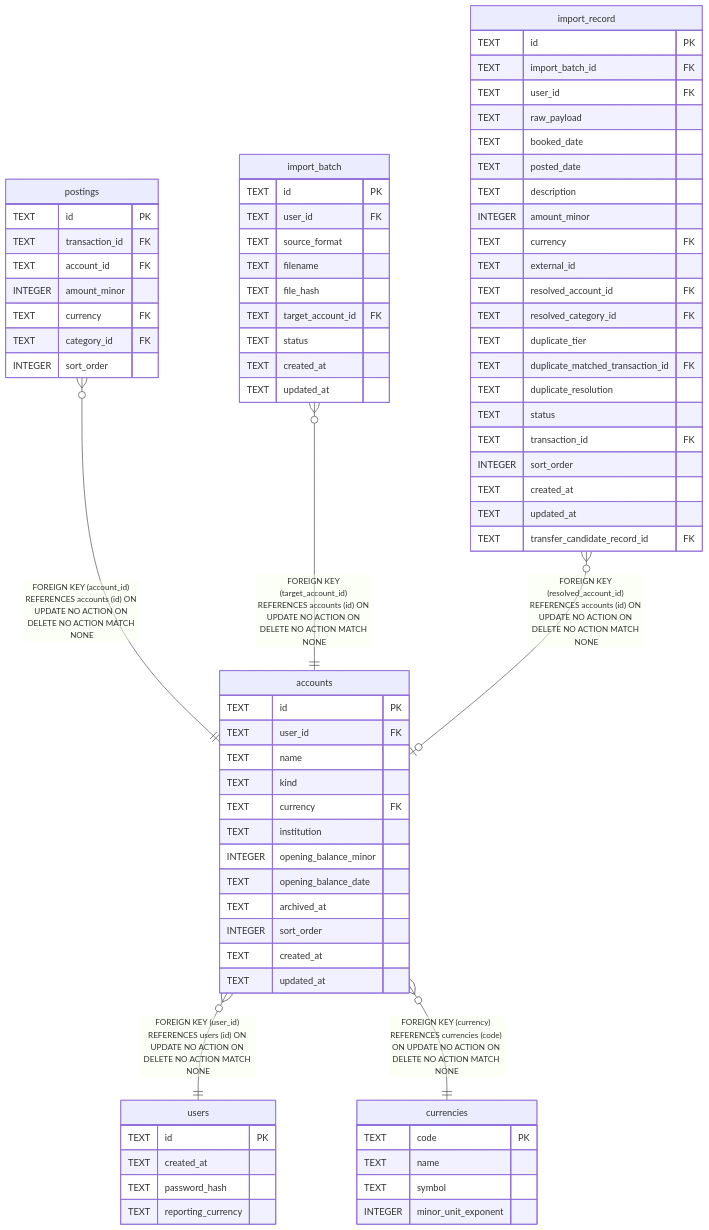
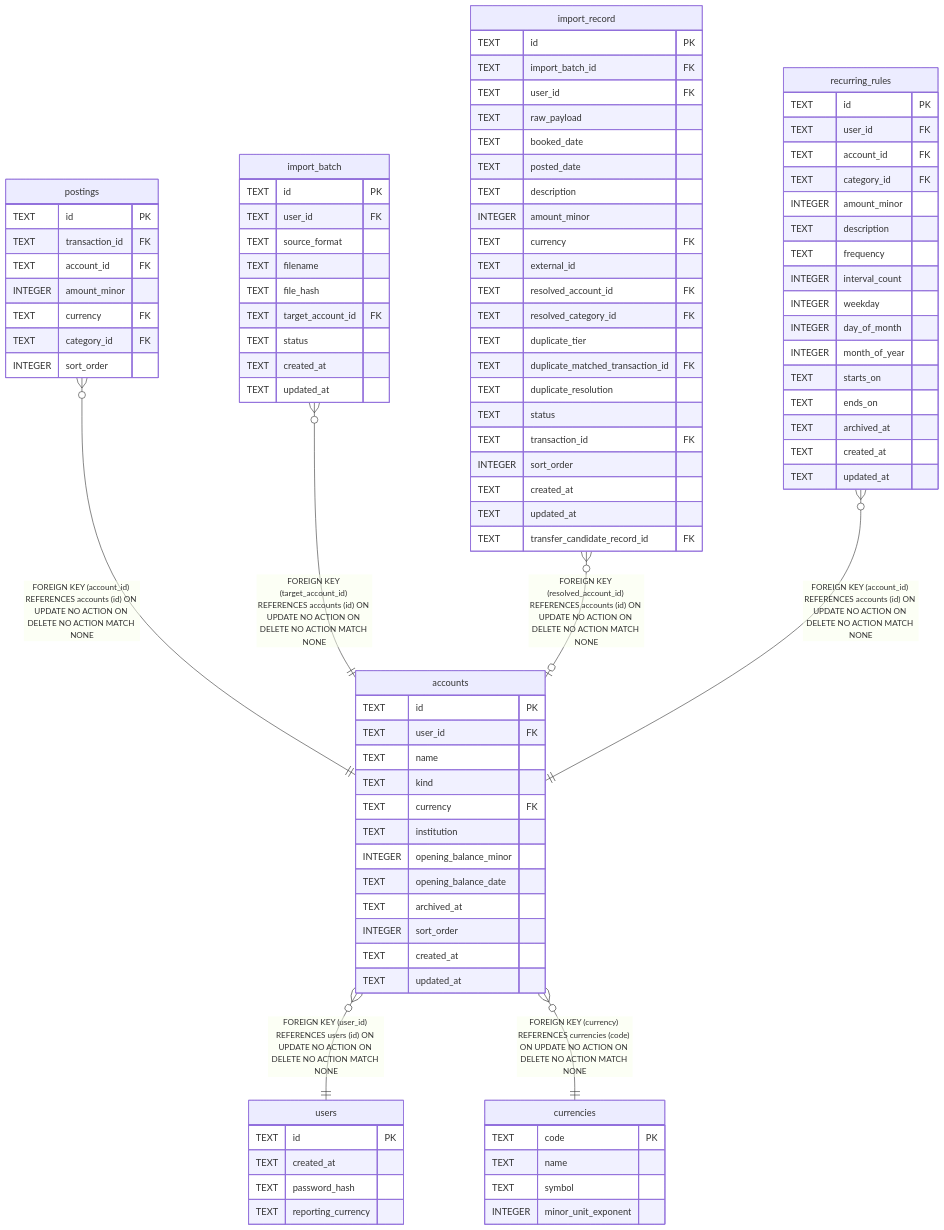
Before and after one commit to anirudhgray/bodger: the diagram in docs/schema/accounts.md, drawn with Mermaid. The commit also changed other lines of this file and 36 other files, not shown here.

```diff
--- a/docs/schema/accounts.md
+++ b/docs/schema/accounts.md
@@ -69,6 +69,7 @@
 "postings" }o--|| "accounts" : "FOREIGN KEY (account_id) REFERENCES accounts (id) ON UPDATE NO ACTION ON DELETE NO ACTION MATCH NONE"
 "import_batch" }o--|| "accounts" : "FOREIGN KEY (target_account_id) REFERENCES accounts (id) ON UPDATE NO ACTION ON DELETE NO ACTION MATCH NONE"
 "import_record" }o--o| "accounts" : "FOREIGN KEY (resolved_account_id) REFERENCES accounts (id) ON UPDATE NO ACTION ON DELETE NO ACTION MATCH NONE"
+"recurring_rules" }o--|| "accounts" : "FOREIGN KEY (account_id) REFERENCES accounts (id) ON UPDATE NO ACTION ON DELETE NO ACTION MATCH NONE"
 "accounts" }o--|| "users" : "FOREIGN KEY (user_id) REFERENCES users (id) ON UPDATE NO ACTION ON DELETE NO ACTION MATCH NONE"
 "accounts" }o--|| "currencies" : "FOREIGN KEY (currency) REFERENCES currencies (code) ON UPDATE NO ACTION ON DELETE NO ACTION MATCH NONE"
 
@@ -129,6 +130,24 @@
   TEXT updated_at
   TEXT transfer_candidate_record_id FK
 }
+"recurring_rules" {
+  TEXT id PK
+  TEXT user_id FK
+  TEXT account_id FK
+  TEXT category_id FK
+  INTEGER amount_minor
+  TEXT description
+  TEXT frequency
+  INTEGER interval_count
+  INTEGER weekday
+  INTEGER day_of_month
+  INTEGER month_of_year
+  TEXT starts_on
+  TEXT ends_on
+  TEXT archived_at
+  TEXT created_at
+  TEXT updated_at
+}
 "users" {
   TEXT id PK
   TEXT created_at
```
